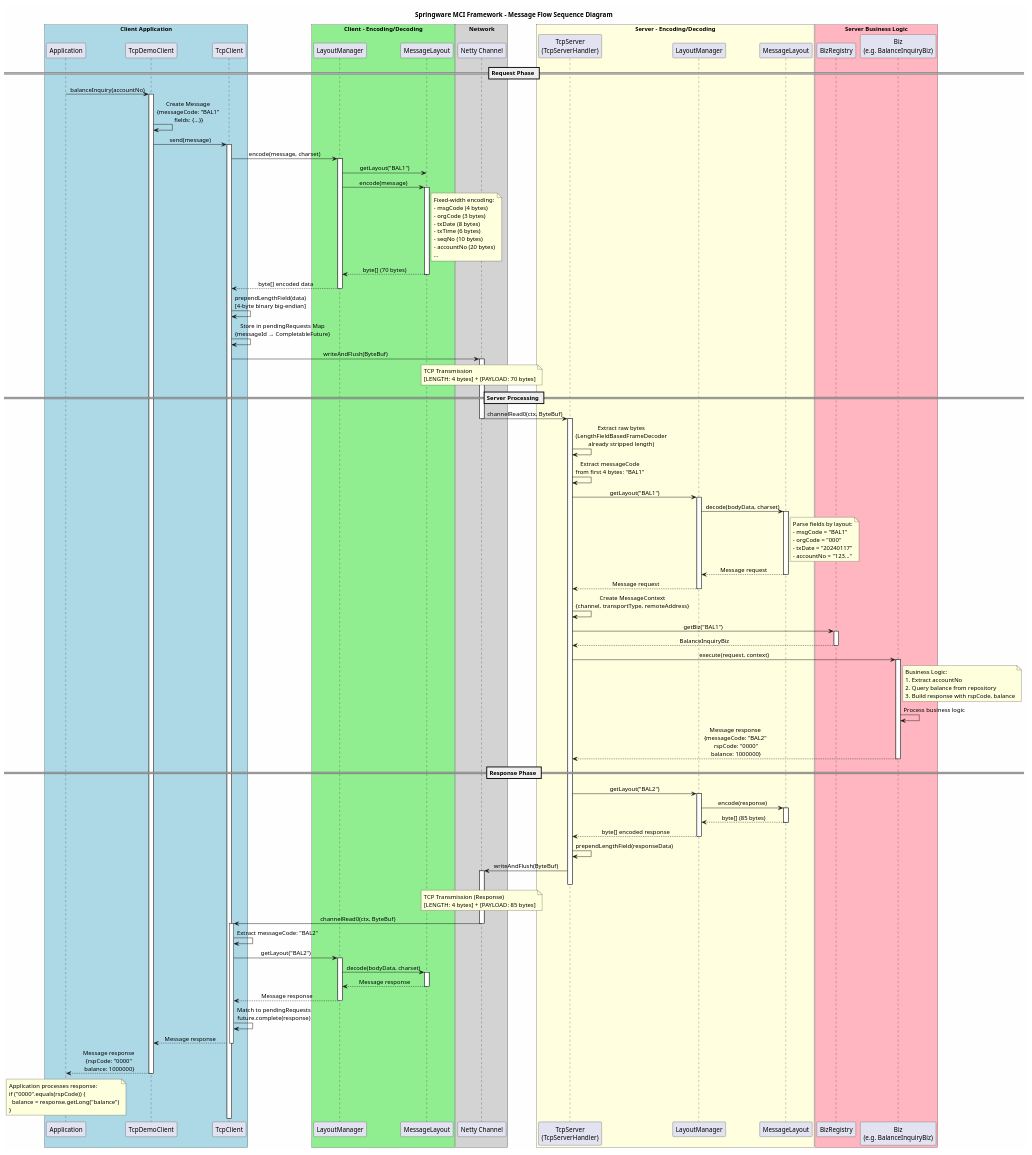
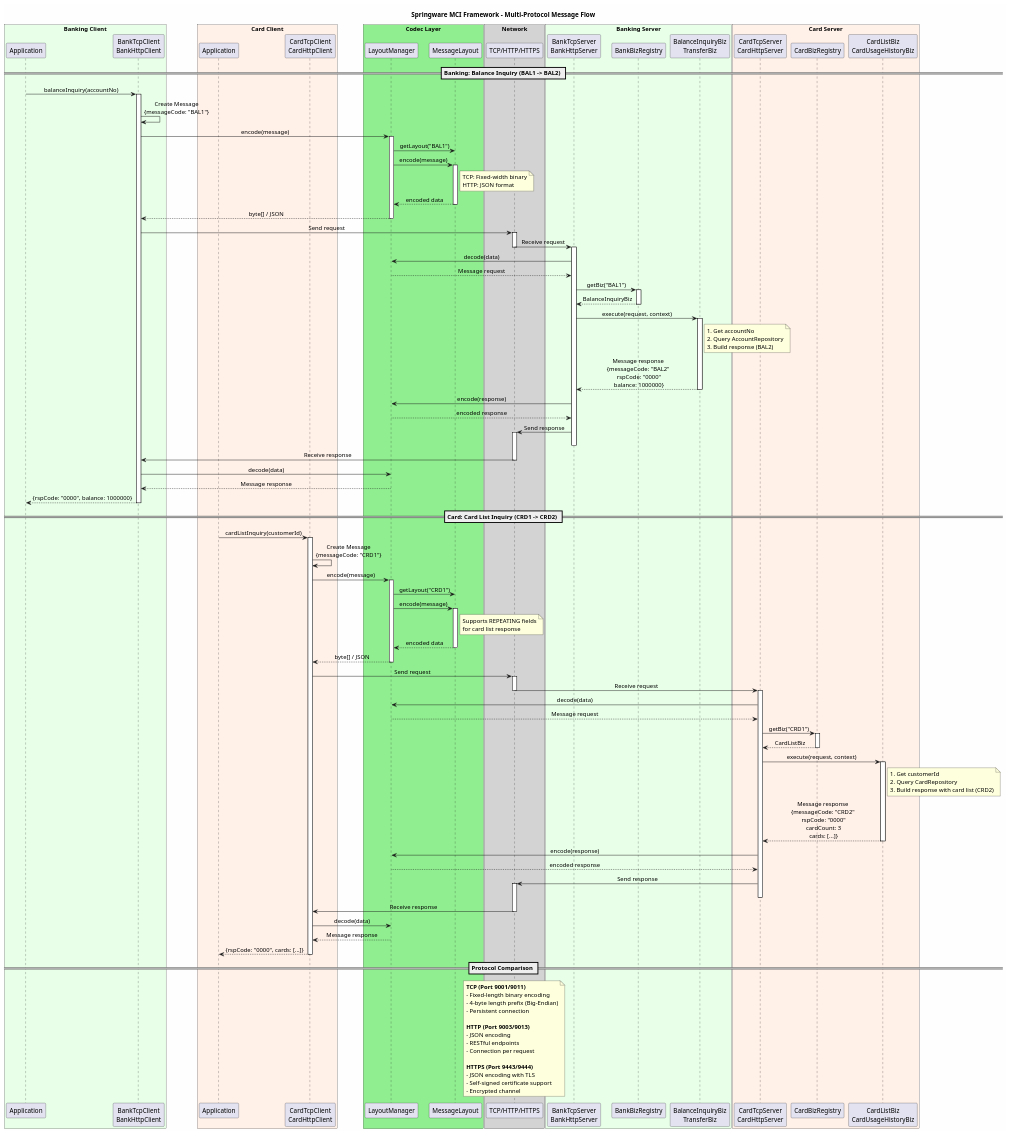
The diagram in docs/sequence-diagram.puml (neobnsrnd-team/integration), drawn with PlantUML before and after one commit. The commit also changed 7 other files, not shown here.

First line of the commit message:
Docs: Update PlantUML diagrams with Banking and Card domains

```diff
--- a/docs/sequence-diagram.puml
+++ b/docs/sequence-diagram.puml
@@ -1,193 +1,197 @@
 @startuml MCI Framework Message Flow
 
-title Springware MCI Framework - Message Flow Sequence Diagram
+title Springware MCI Framework - Multi-Protocol Message Flow
 
 skinparam backgroundColor #FEFEFE
 skinparam sequenceMessageAlign center
 skinparam responseMessageBelowArrow true
 
-' Participants
-box "Client Application" #LightBlue
-    participant "Application" as App
-    participant "TcpDemoClient" as DemoClient
-    participant "TcpClient" as Client
+' Participants - Banking
+box "Banking Client" #E8FFE8
+    participant "Application" as BankApp
+    participant "BankTcpClient\nBankHttpClient" as BankClient
 end box
 
-box "Client - Encoding/Decoding" #LightGreen
-    participant "LayoutManager" as ClientLayout
-    participant "MessageLayout" as ClientMsgLayout
+' Participants - Card
+box "Card Client" #FFF0E8
+    participant "Application" as CardApp
+    participant "CardTcpClient\nCardHttpClient" as CardClient
+end box
+
+box "Codec Layer" #LightGreen
+    participant "LayoutManager" as LayoutMgr
+    participant "MessageLayout" as MsgLayout
 end box
 
 box "Network" #LightGray
-    participant "Netty Channel" as Channel
+    participant "TCP/HTTP/HTTPS" as Network
 end box
 
-box "Server - Encoding/Decoding" #LightYellow
-    participant "TcpServer\n(TcpServerHandler)" as Server
-    participant "LayoutManager" as ServerLayout
-    participant "MessageLayout" as ServerMsgLayout
+box "Banking Server" #E8FFE8
+    participant "BankTcpServer\nBankHttpServer" as BankServer
+    participant "BankBizRegistry" as BankBizReg
+    participant "BalanceInquiryBiz\nTransferBiz" as BankBiz
 end box
 
-box "Server Business Logic" #LightPink
-    participant "BizRegistry" as BizReg
-    participant "Biz\n(e.g. BalanceInquiryBiz)" as Biz
+box "Card Server" #FFF0E8
+    participant "CardTcpServer\nCardHttpServer" as CardServer
+    participant "CardBizRegistry" as CardBizReg
+    participant "CardListBiz\nCardUsageHistoryBiz" as CardBiz
 end box
 
-== Request Phase ==
+== Banking: Balance Inquiry (BAL1 -> BAL2) ==
 
-App -> DemoClient : balanceInquiry(accountNo)
-activate DemoClient
+BankApp -> BankClient : balanceInquiry(accountNo)
+activate BankClient
 
-DemoClient -> DemoClient : Create Message\n{messageCode: "BAL1"\n fields: {...}}
+BankClient -> BankClient : Create Message\n{messageCode: "BAL1"}
 
-DemoClient -> Client : send(message)
-activate Client
+BankClient -> LayoutMgr : encode(message)
+activate LayoutMgr
 
-Client -> ClientLayout : encode(message, charset)
-activate ClientLayout
+LayoutMgr -> MsgLayout : getLayout("BAL1")
+LayoutMgr -> MsgLayout : encode(message)
+activate MsgLayout
 
-ClientLayout -> ClientMsgLayout : getLayout("BAL1")
-ClientLayout -> ClientMsgLayout : encode(message)
-activate ClientMsgLayout
-
-note right of ClientMsgLayout
-  Fixed-width encoding:
-  - msgCode (4 bytes)
-  - orgCode (3 bytes)
-  - txDate (8 bytes)
-  - txTime (6 bytes)
-  - seqNo (10 bytes)
-  - accountNo (20 bytes)
-  ...
+note right of MsgLayout
+  TCP: Fixed-width binary
+  HTTP: JSON format
 end note
 
-ClientMsgLayout --> ClientLayout : byte[] (70 bytes)
-deactivate ClientMsgLayout
+MsgLayout --> LayoutMgr : encoded data
+deactivate MsgLayout
 
-ClientLayout --> Client : byte[] encoded data
-deactivate ClientLayout
+LayoutMgr --> BankClient : byte[] / JSON
+deactivate LayoutMgr
 
-Client -> Client : prependLengthField(data)\n[4-byte binary big-endian]
+BankClient -> Network : Send request
+activate Network
 
-Client -> Client : Store in pendingRequests Map\n{messageId → CompletableFuture}
+Network -> BankServer : Receive request
+deactivate Network
+activate BankServer
 
-Client -> Channel : writeAndFlush(ByteBuf)
-activate Channel
+BankServer -> LayoutMgr : decode(data)
+LayoutMgr --> BankServer : Message request
 
-note over Channel
-  TCP Transmission
-  [LENGTH: 4 bytes] + [PAYLOAD: 70 bytes]
+BankServer -> BankBizReg : getBiz("BAL1")
+activate BankBizReg
+BankBizReg --> BankServer : BalanceInquiryBiz
+deactivate BankBizReg
+
+BankServer -> BankBiz : execute(request, context)
+activate BankBiz
+
+note right of BankBiz
+  1. Get accountNo
+  2. Query AccountRepository
+  3. Build response (BAL2)
 end note
 
-== Server Processing ==
+BankBiz --> BankServer : Message response\n{messageCode: "BAL2"\n rspCode: "0000"\n balance: 1000000}
+deactivate BankBiz
 
-Channel -> Server : channelRead0(ctx, ByteBuf)
-deactivate Channel
-activate Server
+BankServer -> LayoutMgr : encode(response)
+LayoutMgr --> BankServer : encoded response
 
-Server -> Server : Extract raw bytes\n(LengthFieldBasedFrameDecoder\nalready stripped length)
+BankServer -> Network : Send response
+activate Network
+deactivate BankServer
 
-Server -> Server : Extract messageCode\nfrom first 4 bytes: "BAL1"
+Network -> BankClient : Receive response
+deactivate Network
 
-Server -> ServerLayout : getLayout("BAL1")
-activate ServerLayout
+BankClient -> LayoutMgr : decode(data)
+LayoutMgr --> BankClient : Message response
 
-ServerLayout -> ServerMsgLayout : decode(bodyData, charset)
-activate ServerMsgLayout
+BankClient --> BankApp : {rspCode: "0000", balance: 1000000}
+deactivate BankClient
 
-note right of ServerMsgLayout
-  Parse fields by layout:
-  - msgCode = "BAL1"
-  - orgCode = "000"
-  - txDate = "20240117"
-  - accountNo = "123..."
+== Card: Card List Inquiry (CRD1 -> CRD2) ==
+
+CardApp -> CardClient : cardListInquiry(customerId)
+activate CardClient
+
+CardClient -> CardClient : Create Message\n{messageCode: "CRD1"}
+
+CardClient -> LayoutMgr : encode(message)
+activate LayoutMgr
+
+LayoutMgr -> MsgLayout : getLayout("CRD1")
+LayoutMgr -> MsgLayout : encode(message)
+activate MsgLayout
+
+note right of MsgLayout
+  Supports REPEATING fields
+  for card list response
 end note
 
-ServerMsgLayout --> ServerLayout : Message request
-deactivate ServerMsgLayout
+MsgLayout --> LayoutMgr : encoded data
+deactivate MsgLayout
 
-ServerLayout --> Server : Message request
-deactivate ServerLayout
+LayoutMgr --> CardClient : byte[] / JSON
+deactivate LayoutMgr
 
-Server -> Server : Create MessageContext\n{channel, transportType, remoteAddress}
+CardClient -> Network : Send request
+activate Network
 
-Server -> BizReg : getBiz("BAL1")
-activate BizReg
+Network -> CardServer : Receive request
+deactivate Network
+activate CardServer
 
-BizReg --> Server : BalanceInquiryBiz
-deactivate BizReg
+CardServer -> LayoutMgr : decode(data)
+LayoutMgr --> CardServer : Message request
 
-Server -> Biz : execute(request, context)
-activate Biz
+CardServer -> CardBizReg : getBiz("CRD1")
+activate CardBizReg
+CardBizReg --> CardServer : CardListBiz
+deactivate CardBizReg
 
-note right of Biz
-  Business Logic:
-  1. Extract accountNo
-  2. Query balance from repository
-  3. Build response with rspCode, balance
+CardServer -> CardBiz : execute(request, context)
+activate CardBiz
+
+note right of CardBiz
+  1. Get customerId
+  2. Query CardRepository
+  3. Build response with card list (CRD2)
 end note
 
-Biz -> Biz : Process business logic
+CardBiz --> CardServer : Message response\n{messageCode: "CRD2"\n rspCode: "0000"\n cardCount: 3\n cards: [...]}
+deactivate CardBiz
 
-Biz --> Server : Message response\n{messageCode: "BAL2"\n rspCode: "0000"\n balance: 1000000}
-deactivate Biz
+CardServer -> LayoutMgr : encode(response)
+LayoutMgr --> CardServer : encoded response
 
-== Response Phase ==
+CardServer -> Network : Send response
+activate Network
+deactivate CardServer
 
-Server -> ServerLayout : getLayout("BAL2")
-activate ServerLayout
+Network -> CardClient : Receive response
+deactivate Network
 
-ServerLayout -> ServerMsgLayout : encode(response)
-activate ServerMsgLayout
+CardClient -> LayoutMgr : decode(data)
+LayoutMgr --> CardClient : Message response
 
-ServerMsgLayout --> ServerLayout : byte[] (85 bytes)
-deactivate ServerMsgLayout
+CardClient --> CardApp : {rspCode: "0000", cards: [...]}
+deactivate CardClient
 
-ServerLayout --> Server : byte[] encoded response
-deactivate ServerLayout
+== Protocol Comparison ==
 
-Server -> Server : prependLengthField(responseData)
+note over Network
+  **TCP (Port 9001/9011)**
+  - Fixed-length binary encoding
+  - 4-byte length prefix (Big-Endian)
+  - Persistent connection
 
-Server -> Channel : writeAndFlush(ByteBuf)
-activate Channel
-deactivate Server
+  **HTTP (Port 9003/9013)**
+  - JSON encoding
+  - RESTful endpoints
+  - Connection per request
 
-note over Channel
-  TCP Transmission (Response)
-  [LENGTH: 4 bytes] + [PAYLOAD: 85 bytes]
-end note
-
-Channel -> Client : channelRead0(ctx, ByteBuf)
-deactivate Channel
-activate Client
-
-Client -> Client : Extract messageCode: "BAL2"
-
-Client -> ClientLayout : getLayout("BAL2")
-activate ClientLayout
-
-ClientLayout -> ClientMsgLayout : decode(bodyData, charset)
-activate ClientMsgLayout
-
-ClientMsgLayout --> ClientLayout : Message response
-deactivate ClientMsgLayout
-
-ClientLayout --> Client : Message response
-deactivate ClientLayout
-
-Client -> Client : Match to pendingRequests\nfuture.complete(response)
-
-Client --> DemoClient : Message response
-deactivate Client
-
-DemoClient --> App : Message response\n{rspCode: "0000"\n balance: 1000000}
-deactivate DemoClient
-
-note over App
-  Application processes response:
-  if ("0000".equals(rspCode)) {
-    balance = response.getLong("balance")
-  }
+  **HTTPS (Port 9443/9444)**
+  - JSON encoding with TLS
+  - Self-signed certificate support
+  - Encrypted channel
 end note
 
 @enduml
```
